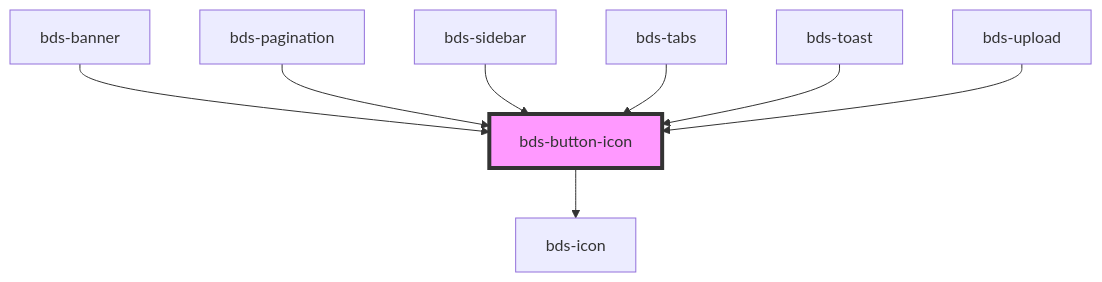
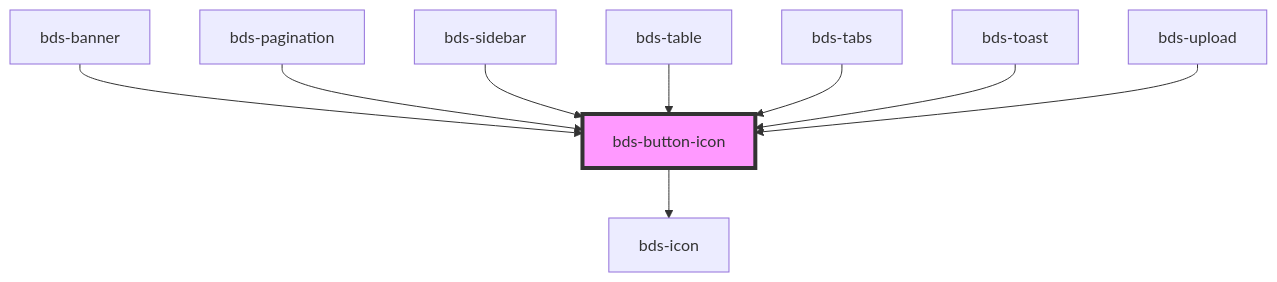
The diagram in src/components/icon-button/readme.md (takenet/blip-ds), drawn with Mermaid before and after one commit. The commit also changed other lines of this file and 8 other files, not shown here.

````diff
--- a/src/components/icon-button/readme.md
+++ b/src/components/icon-button/readme.md
@@ -35,11 +36,12 @@
 ```mermaid
 graph TD;
   bds-button-icon --> bds-icon
   bds-banner --> bds-button-icon
   bds-pagination --> bds-button-icon
   bds-sidebar --> bds-button-icon
+  bds-table --> bds-button-icon
   bds-tabs --> bds-button-icon
   bds-toast --> bds-button-icon
   bds-upload --> bds-button-icon
   style bds-button-icon fill:#f9f,stroke:#333,stroke-width:4px
 ```
````
